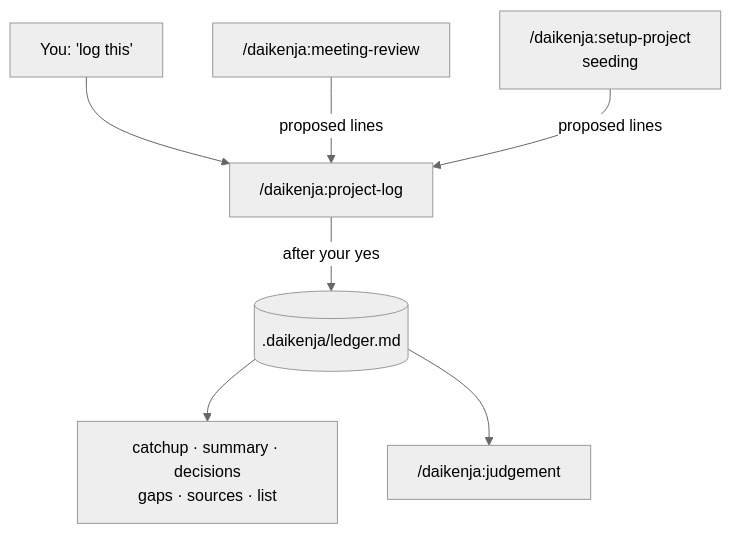
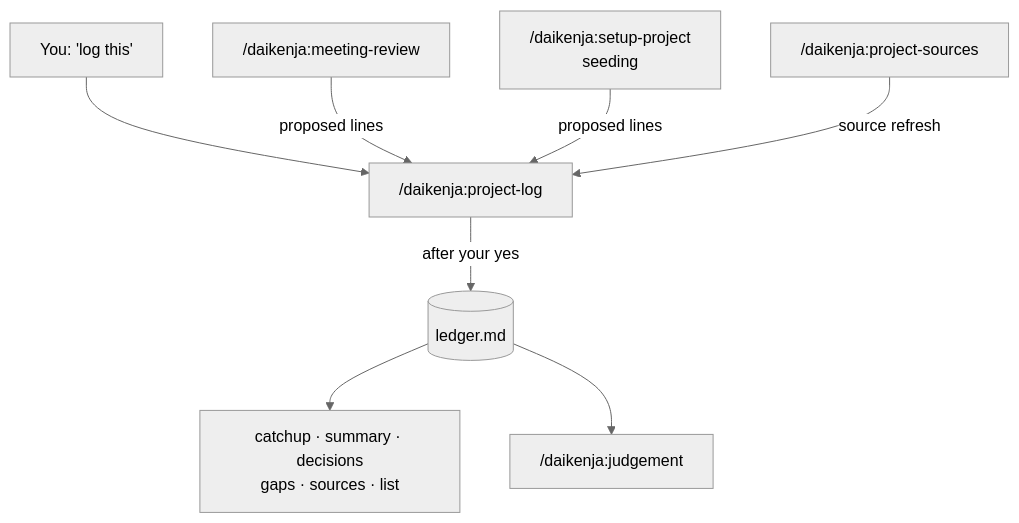
Before and after one commit to by-carlos/daikenja: the diagram in docs/guide/ledger.md, drawn with Mermaid (neutral theme). The commit also changed other lines of this file and 13 other files, not shown here.

````diff
--- a/docs/guide/ledger.md
+++ b/docs/guide/ledger.md
@@ -10,9 +11,10 @@
 ```mermaid
 flowchart TB
     Y["You: 'log this'"] --> L
     M["/daikenja:meeting-review"] -->|proposed lines| L
     S["/daikenja:setup-project<br/>seeding"] -->|proposed lines| L
-    L["/daikenja:project-log"] -->|after your yes| F[(.daikenja/ledger.md)]
+    P["/daikenja:project-sources"] -->|source refresh| L
+    L["/daikenja:project-log"] -->|after your yes| F[(ledger.md)]
     F --> R["catchup · summary · decisions<br/>gaps · sources · list"]
     F --> J["/daikenja:judgement"]
 ```
````
